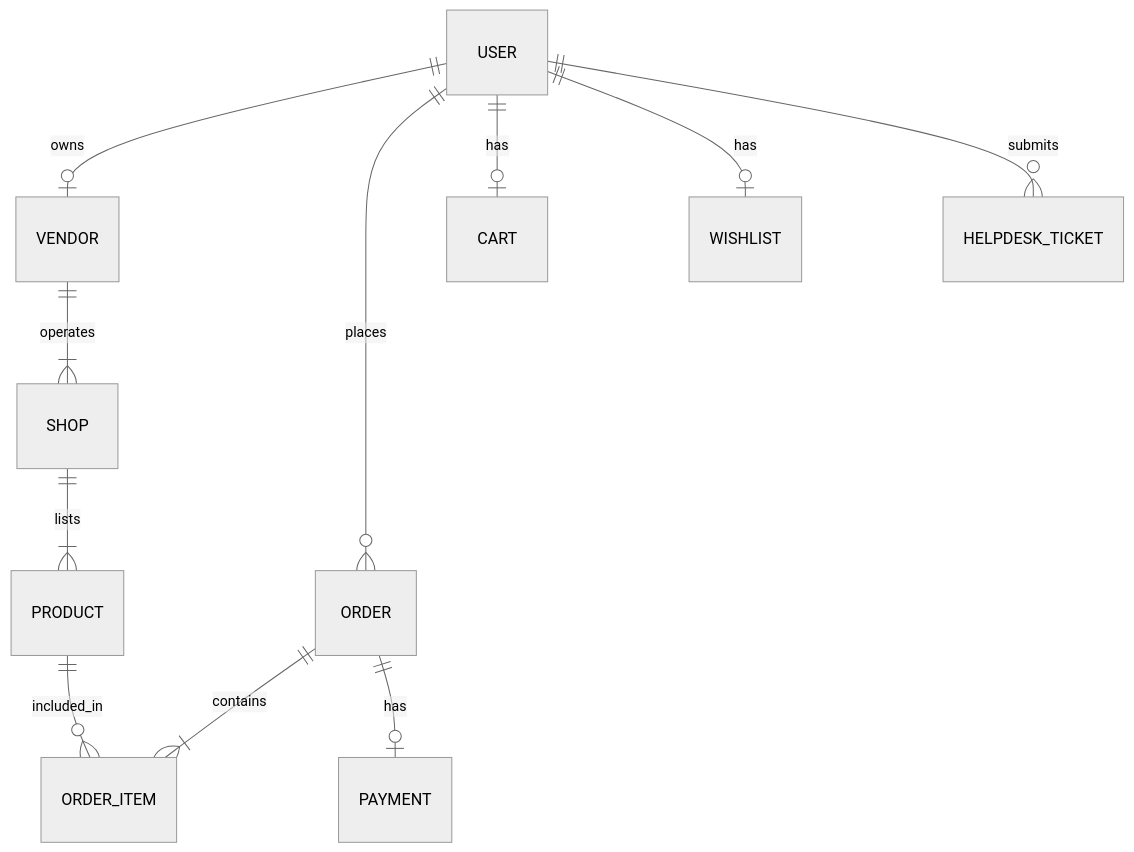
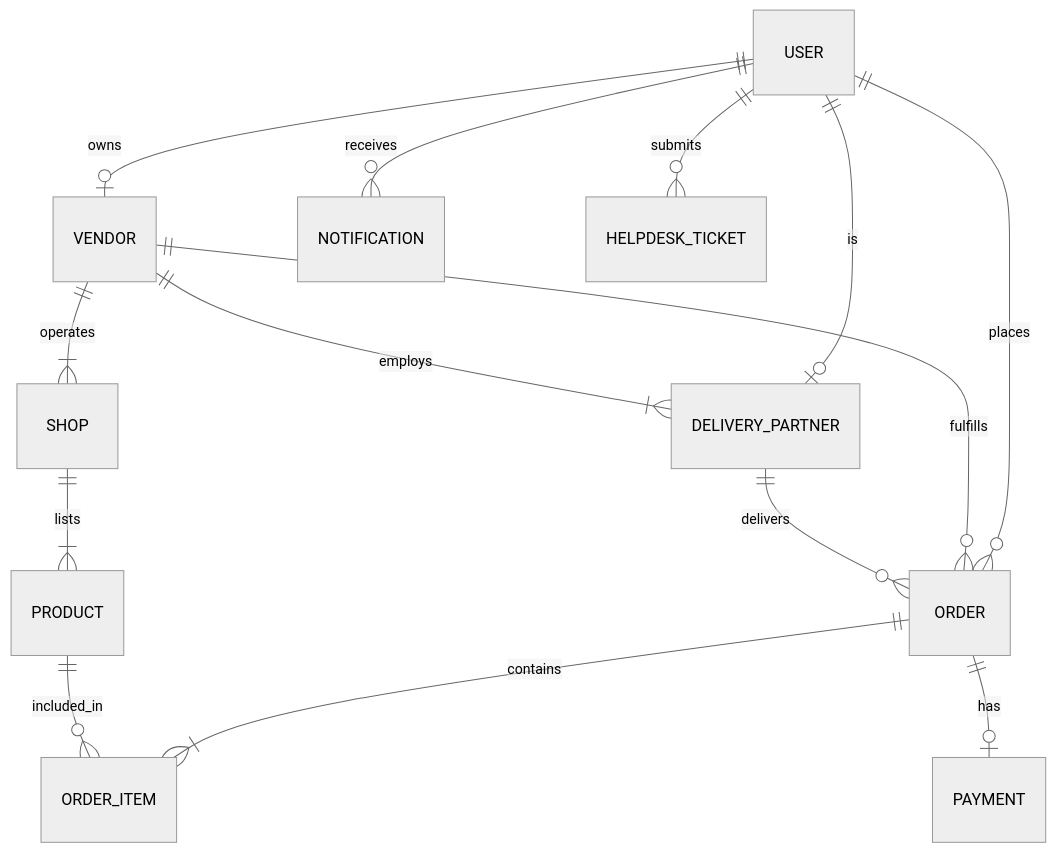
The fifth of 5 diagrams in README.md (Jinanshi9460/Lobby), drawn with Mermaid (neutral theme) before and after one commit. The commit also changed other lines of this file and 25 other files, not shown here.

````diff
--- a/README.md
+++ b/README.md
@@ -285,13 +216,16 @@
 ```mermaid
 erDiagram
     USER ||--o| VENDOR : owns
+    USER ||--o| DELIVERY_PARTNER : is
+    VENDOR ||--|{ DELIVERY_PARTNER : employs
     VENDOR ||--|{ SHOP : operates
     SHOP ||--|{ PRODUCT : lists
     USER ||--o{ ORDER : places
+    VENDOR ||--o{ ORDER : fulfills
+    DELIVERY_PARTNER ||--o{ ORDER : delivers
     ORDER ||--|{ ORDER_ITEM : contains
     PRODUCT ||--o{ ORDER_ITEM : included_in
-    USER ||--o| CART : has
-    USER ||--o| WISHLIST : has
+    ORDER ||--o| PAYMENT : has
+    USER ||--o{ NOTIFICATION : receives
     USER ||--o{ HELPDESK_TICKET : submits
-    ORDER ||--o| PAYMENT : has
 ```
````
